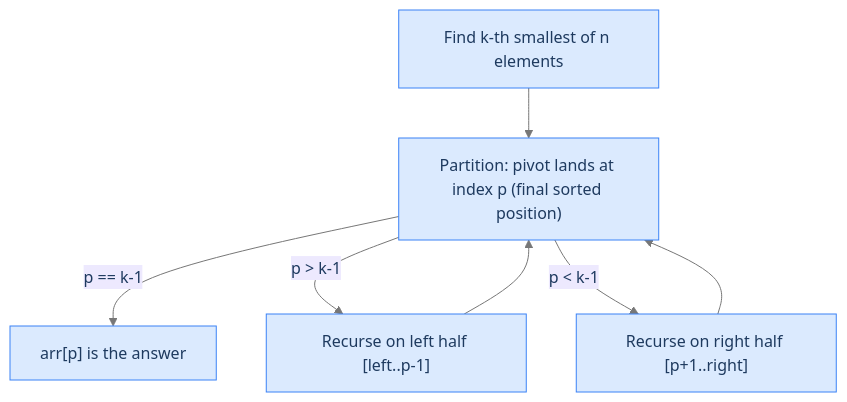
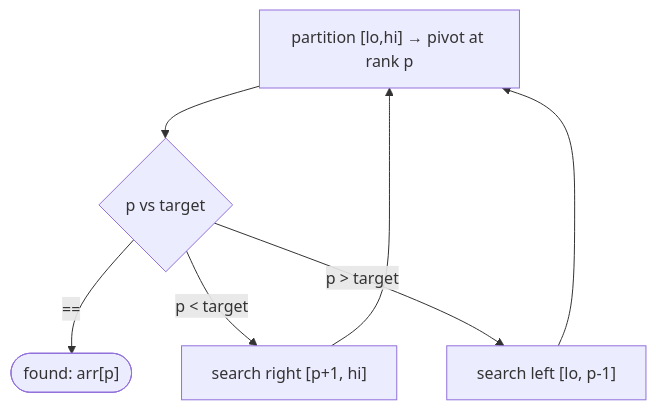
One commit to ani2fun/codefolio changed the diagram in content/cortex/data-structures-and-algorithms/06-sorting-and-searching/01-sorting/12-pattern-quickselect/01-pattern.md. Above: the diagram before and after it, drawn with Mermaid. The commit also changed other lines of this file and 1049 other files, not shown here.

````diff
--- a/content/cortex/data-structures-and-algorithms/06-sorting-and-searching/01-sorting/12-pattern-quickselect/01-pattern.md
+++ b/content/cortex/data-structures-and-algorithms/06-sorting-and-searching/01-sorting/12-pattern-quickselect/01-pattern.md
@@ -28,21 +54,9 @@
 ```mermaid
----
-config:
-  theme: base
-  themeVariables:
-    primaryColor: "#dbeafe"
-    primaryBorderColor: "#3b82f6"
-    primaryTextColor: "#1e3a5f"
-    lineColor: "#777777"
-    secondaryColor: "#ede9fe"
-    tertiaryColor: "#fef9c3"
----
 flowchart TB
-  S["Find k-th smallest of n elements"]
-  S --> P["Partition: pivot lands at index p (final sorted position)"]
-  P -->|"p == k-1"| FOUND["arr[p] is the answer"]
-  P -->|"p > k-1"| L["Recurse on left half [left..p-1]"]
-  P -->|"p < k-1"| R["Recurse on right half [p+1..right]"]
+  P["partition [lo,hi] → pivot at rank p"] --> Q{"p vs target"}
+  Q -->|"=="| D(["found: arr[p]"])
+  Q -->|"p < target"| R["search right [p+1, hi]"]
+  Q -->|"p > target"| L["search left [lo, p-1]"]
+  R --> P
   L --> P
-  R --> P
 ```
````
